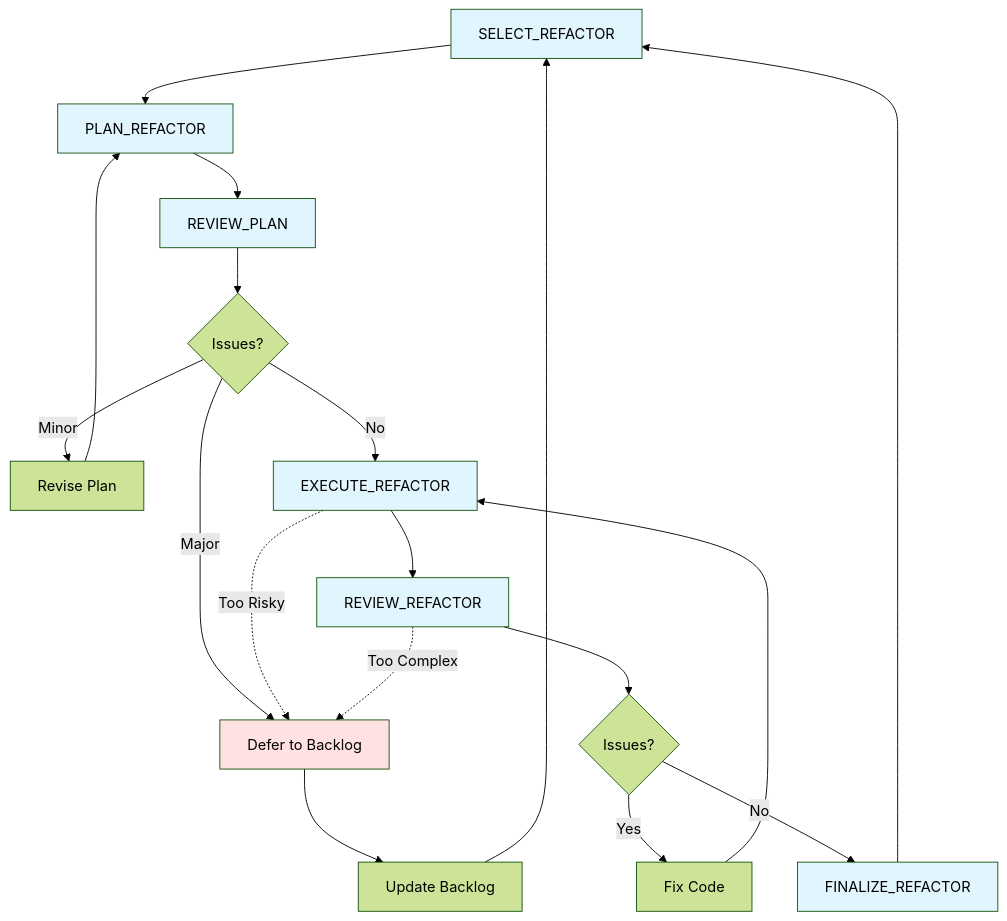
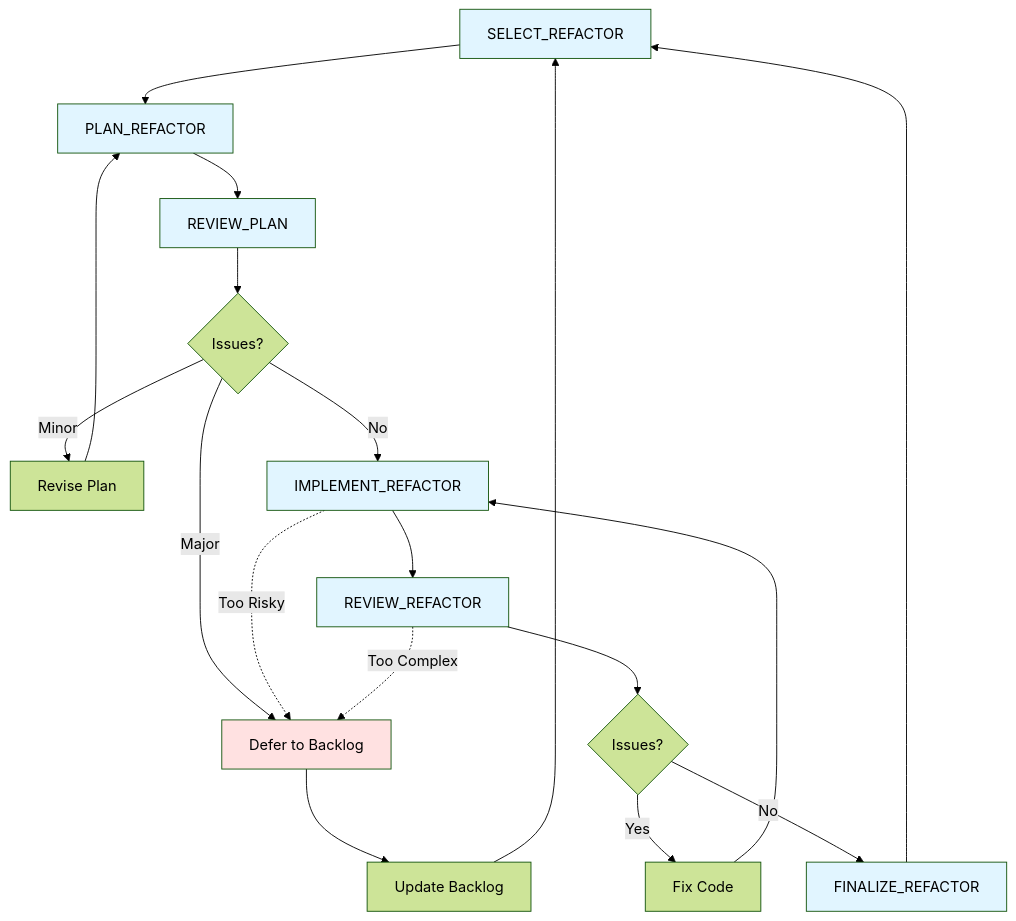
Before and after one commit to EvanLavender13/FrogLords: the diagram in TASKS/REFACTOR/WORKFLOW.md, drawn with Mermaid (forest theme). The commit also changed other lines of this file and 14 other files, not shown here.

````diff
--- a/TASKS/REFACTOR/WORKFLOW.md
+++ b/TASKS/REFACTOR/WORKFLOW.md
@@ -5,30 +5,30 @@
 ```mermaid
 graph TD
     A[SELECT_REFACTOR] --> B[PLAN_REFACTOR]
     B --> C[REVIEW_PLAN]
     C --> D{Issues?}
     D -->|Major| E[Defer to Backlog]
     D -->|Minor| F[Revise Plan]
     F --> B
-    D -->|No| G[EXECUTE_REFACTOR]
+    D -->|No| G[IMPLEMENT_REFACTOR]
     G --> H[REVIEW_REFACTOR]
     H --> I{Issues?}
     I -->|Yes| J[Fix Code]
     J --> G
     I -->|No| K[FINALIZE_REFACTOR]
     K --> A
     E --> L[Update Backlog]
     L --> A
 
     %% Abort path from any stage
     G -.->|Too Risky| E
     H -.->|Too Complex| E
 
     style A fill:#e1f5ff
     style B fill:#e1f5ff
     style C fill:#e1f5ff
     style G fill:#e1f5ff
     style H fill:#e1f5ff
     style K fill:#e1f5ff
     style E fill:#ffe1e1
 ```
````
